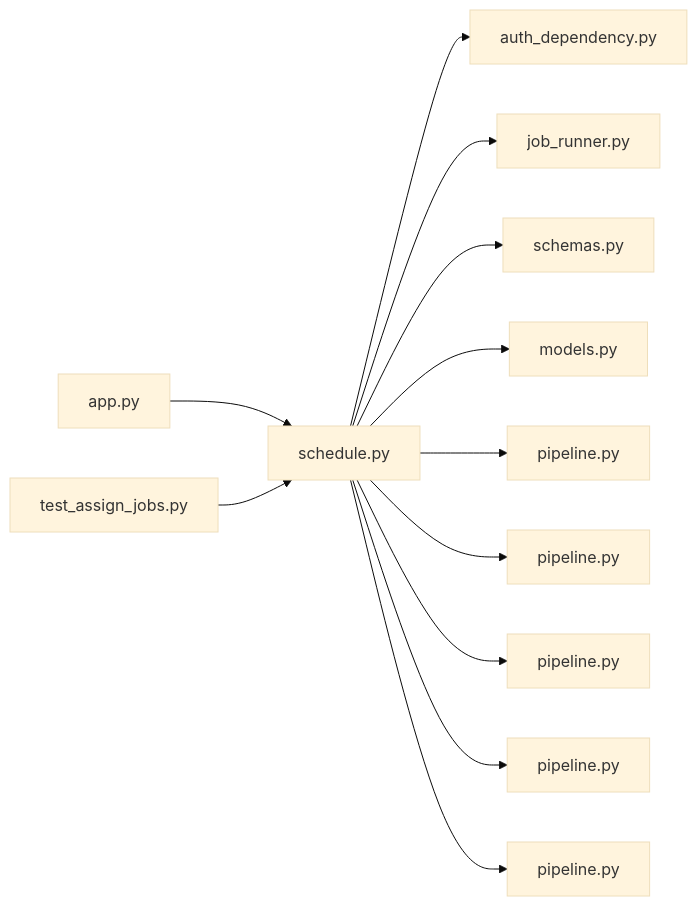
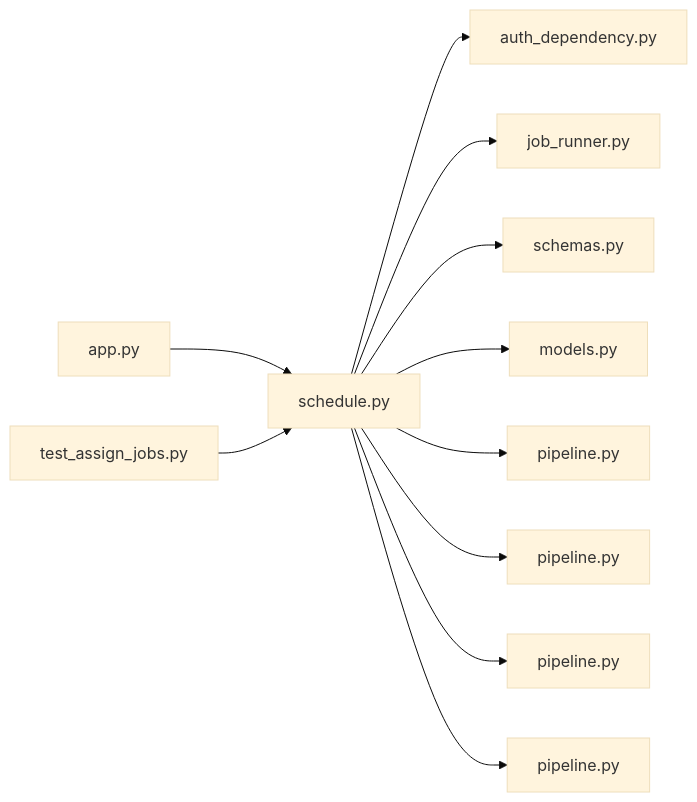
The diagram in .cluedoc/graph/backend/src/backend/api/routers/schedule.md (minkong-dev/Banblit), drawn with Mermaid (base theme) before and after one commit. The commit also changed other lines of this file and 28 other files, not shown here.

````diff
--- a/.cluedoc/graph/backend/src/backend/api/routers/schedule.md
+++ b/.cluedoc/graph/backend/src/backend/api/routers/schedule.md
@@ -10,15 +10,14 @@
 ```mermaid
 flowchart LR
   backend_src_backend_api_routers_schedule["schedule.py"]
   backend_src_backend_api_routers_schedule --> backend_src_backend_api_auth_dependency["auth_dependency.py"]
   backend_src_backend_api_routers_schedule --> backend_src_backend_api_job_runner["job_runner.py"]
   backend_src_backend_api_routers_schedule --> backend_src_backend_api_schemas["schemas.py"]
   backend_src_backend_api_routers_schedule --> backend_src_backend_db_models["models.py"]
   backend_src_backend_api_routers_schedule --> backend_src_backend_db_pipeline["pipeline.py"]
   backend_src_backend_api_routers_schedule --> backend_src_backend_scheduling_pipeline["pipeline.py"]
-  backend_src_backend_api_routers_schedule --> backend_src_backend_services_notification_pipeline["pipeline.py"]
   backend_src_backend_api_routers_schedule --> backend_src_backend_services_period_pipeline["pipeline.py"]
   backend_src_backend_api_routers_schedule --> backend_src_backend_services_settings_pipeline["pipeline.py"]
   backend_src_backend_api_app["app.py"] --> backend_src_backend_api_routers_schedule
   backend_tests_integration_db_test_assign_jobs["test_assign_jobs.py"] --> backend_src_backend_api_routers_schedule
 ```
````
